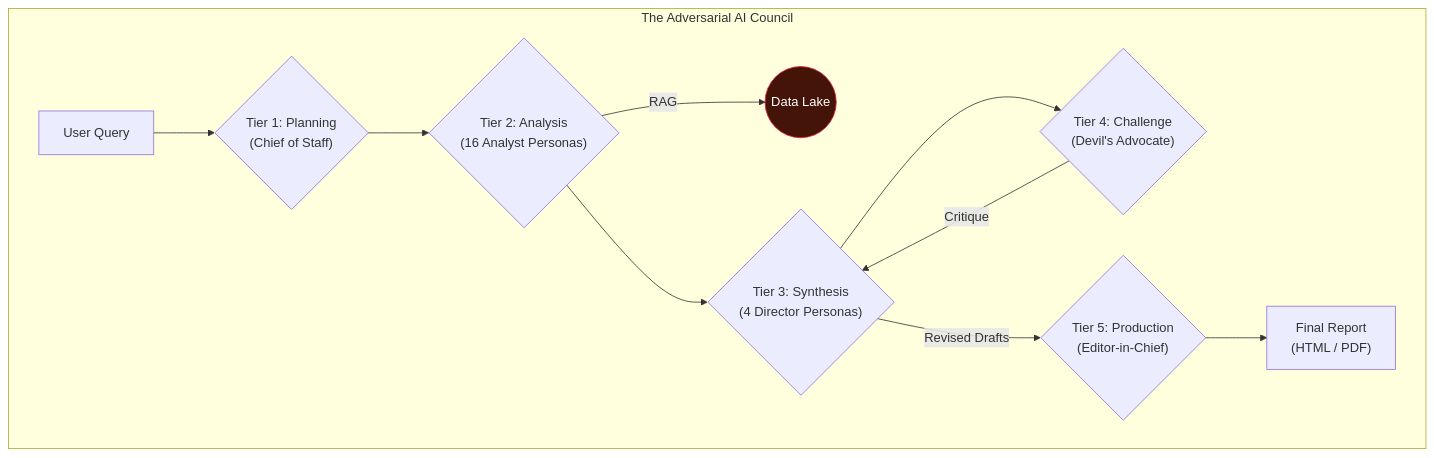
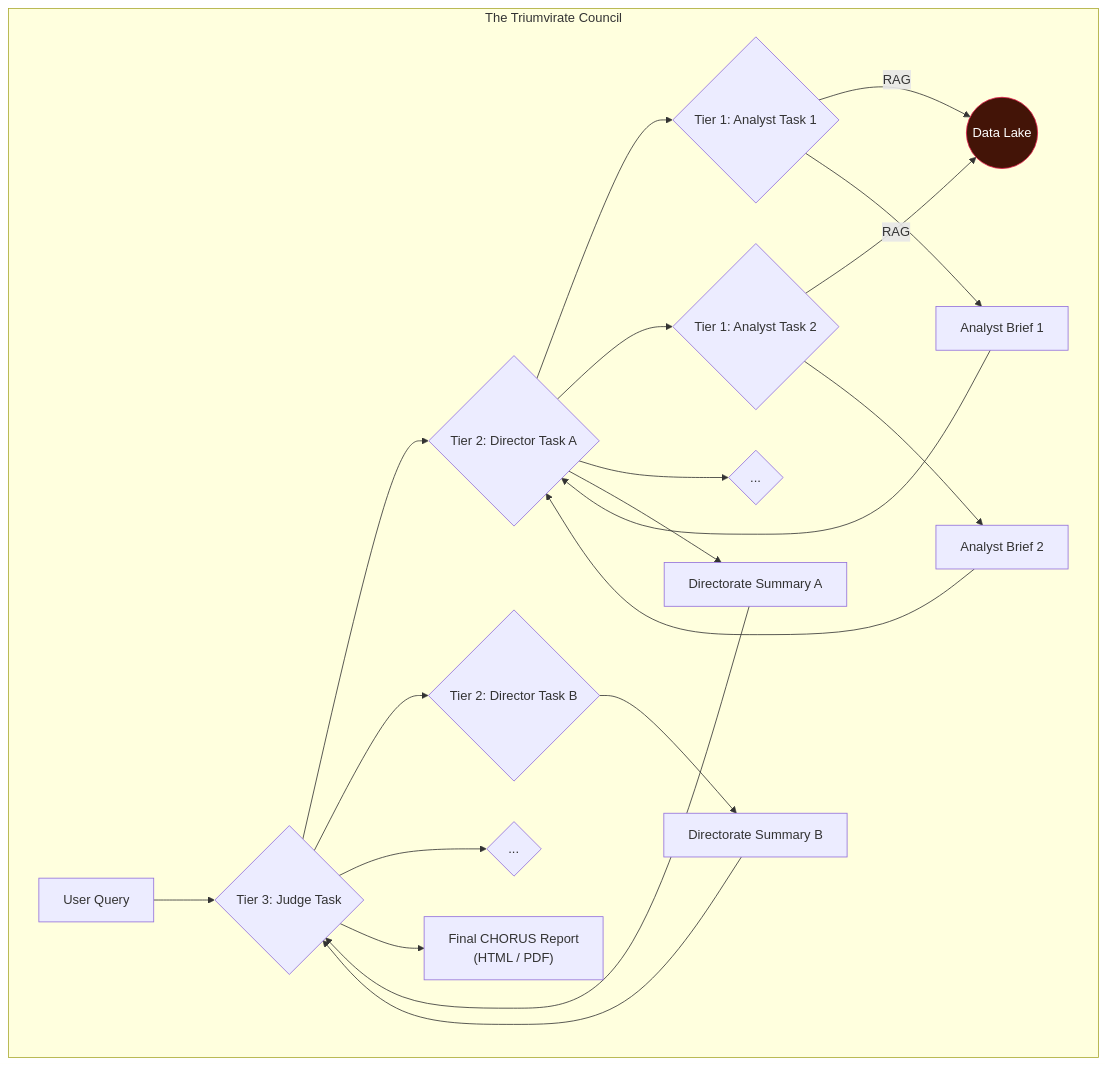
Before and after one commit to emergentcomplex/CHORUS: the second of 2 diagrams in README.md, drawn with Mermaid. The commit also changed other lines of this file, not shown here.

````diff
--- a/README.md
+++ b/README.md
@@ -104,15 +74,32 @@
 ```mermaid
 graph TD
-    subgraph "The Adversarial AI Council"
-        A[User Query] --> B{"Tier 1: Planning<br>(Chief of Staff)"};
-        B --> C{"Tier 2: Analysis<br>(16 Analyst Personas)"};
-        C -- RAG --> D((Data Lake));
-        C --> E{"Tier 3: Synthesis<br>(4 Director Personas)"};
-        E --> F{"Tier 4: Challenge<br>(Devil's Advocate)"};
-        F -- "Critique" --> E;
-        E -- "Revised Drafts" --> G{"Tier 5: Production<br>(Editor-in-Chief)"};
-        G --> H["Final Report<br>(HTML / PDF)"];
+    subgraph "The Triumvirate Council"
+        A[User Query] --> B{Tier 3: Judge Task};
+        B --> C1{Tier 2: Director Task A};
+        B --> C2{Tier 2: Director Task B};
+        B --> C3{...};
+
+        C1 --> D1{Tier 1: Analyst Task 1};
+        C1 --> D2{Tier 1: Analyst Task 2};
+        C1 --> D3{...};
+
+        D1 -- RAG --> E((Data Lake));
+        D2 -- RAG --> E;
+
+        D1 --> R1[Analyst Brief 1];
+        D2 --> R2[Analyst Brief 2];
+
+        R1 --> C1;
+        R2 --> C1;
+
+        C1 --> S1[Directorate Summary A];
+        C2 --> S2[Directorate Summary B];
+
+        S1 --> B;
+        S2 --> B;
+
+        B --> F["Final CHORUS Report<br>(HTML / PDF)"];
     end
     
-    style D fill:#431407,stroke:#e11d48,color:#fff
+    style E fill:#431407,stroke:#e11d48,color:#fff
 ```
````
